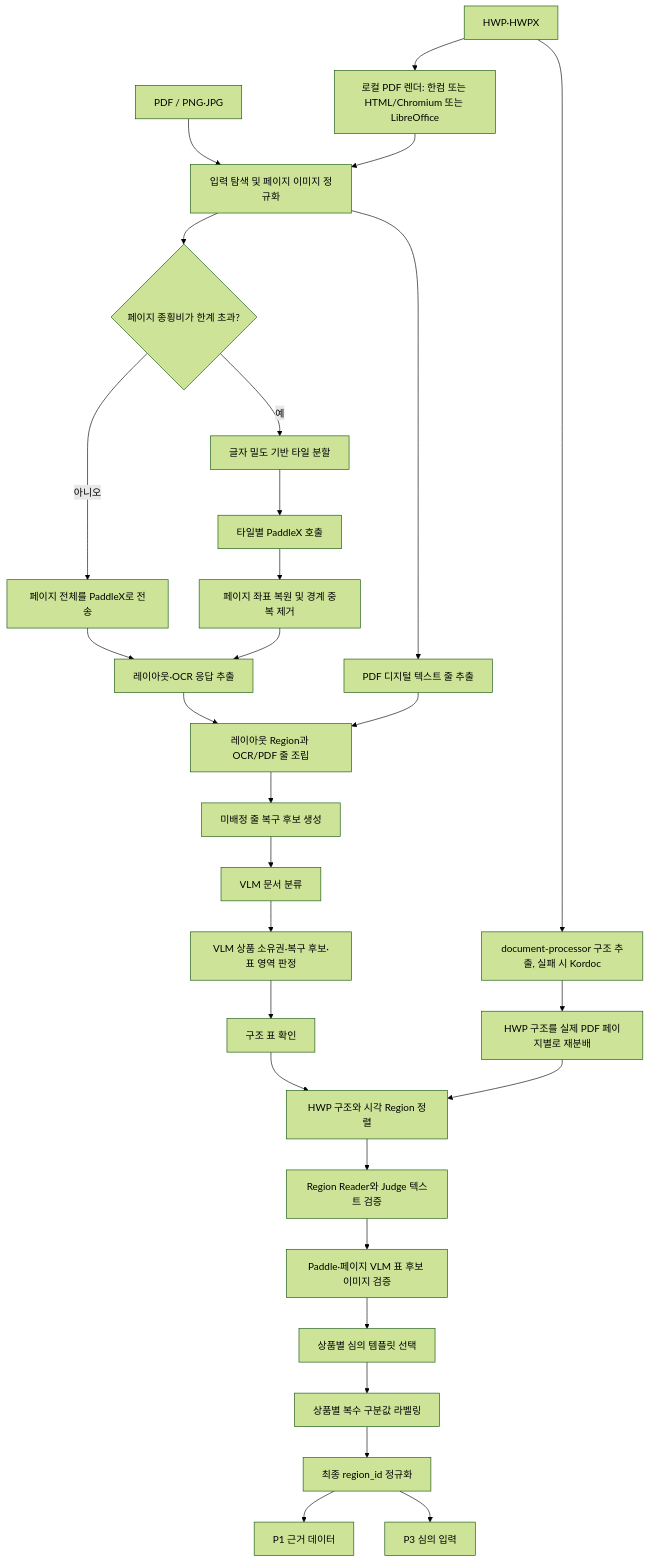
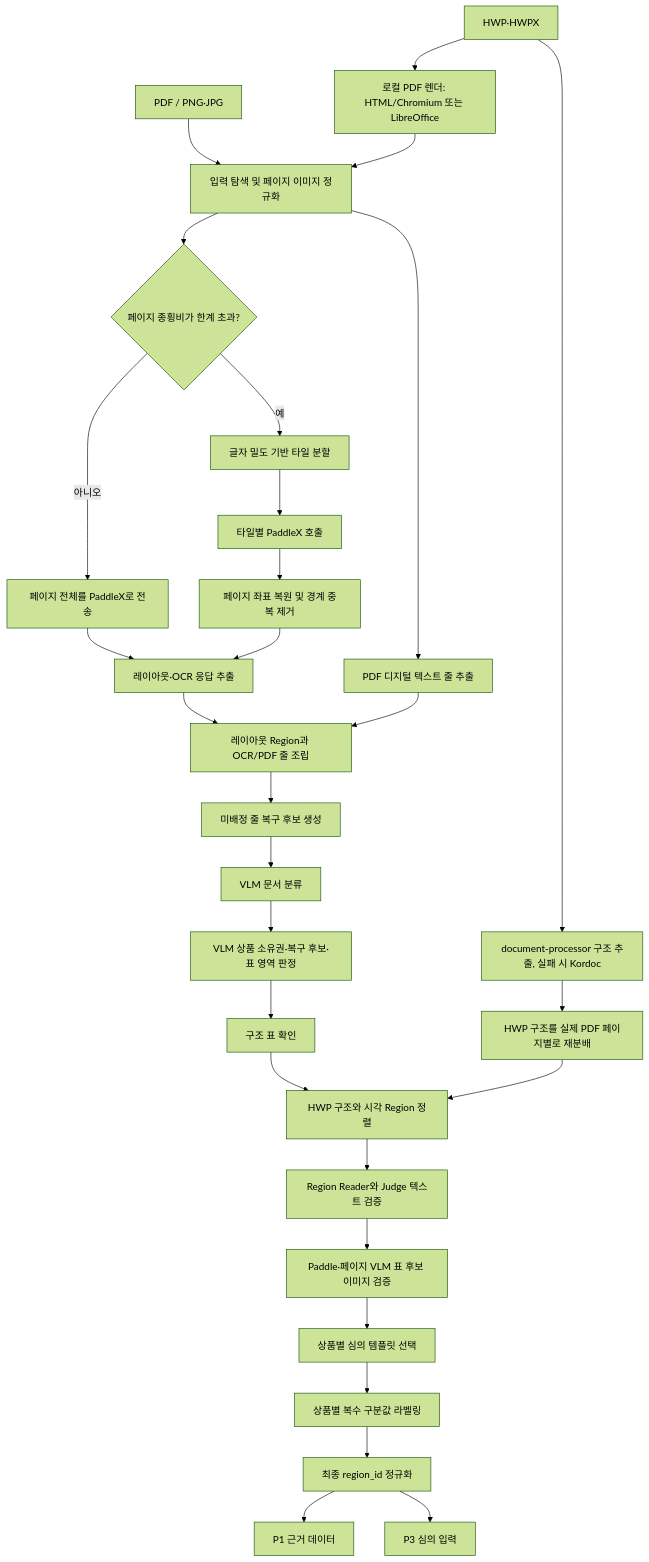
One commit to cg-wnsdud/nh-parser-fin changed the diagram in docs/HANDOVER.md. Above: the diagram before and after it, drawn with Mermaid (forest theme). The commit also changed other lines of this file and 15 other files, not shown here.

````diff
--- a/docs/HANDOVER.md
+++ b/docs/HANDOVER.md
@@ -87,31 +87,31 @@
 ```mermaid
 flowchart TD
     A[PDF / PNG·JPG] --> B[입력 탐색 및 페이지 이미지 정규화]
     HW[HWP·HWPX] --> H1[document-processor 구조 추출, 실패 시 Kordoc]
-    HW --> H2[로컬 PDF 렌더: 한컴 또는 HTML/Chromium 또는 LibreOffice]
+    HW --> H2[로컬 PDF 렌더: HTML/Chromium 또는 LibreOffice]
     H2 --> B
     B --> C{페이지 종횡비가 한계 초과?}
     C -- 아니오 --> D[페이지 전체를 PaddleX로 전송]
     C -- 예 --> E[글자 밀도 기반 타일 분할]
     E --> F[타일별 PaddleX 호출]
     D --> G[레이아웃·OCR 응답 추출]
     F --> H[페이지 좌표 복원 및 경계 중복 제거]
     H --> G
     B --> I[PDF 디지털 텍스트 줄 추출]
     G --> J[레이아웃 Region과 OCR/PDF 줄 조립]
     I --> J
     J --> K[미배정 줄 복구 후보 생성]
     K --> L[VLM 문서 분류]
     L --> M[VLM 상품 소유권·복구 후보·표 영역 판정]
     M --> N[구조 표 확인]
     H1 --> HA[HWP 구조를 실제 PDF 페이지별로 재분배]
     N --> HB[HWP 구조와 시각 Region 정렬]
     HA --> HB
     HB --> O[Region Reader와 Judge 텍스트 검증]
     O --> V[Paddle·페이지 VLM 표 후보 이미지 검증]
     V --> P[상품별 심의 템플릿 선택]
     P --> Q[상품별 복수 구분값 라벨링]
     Q --> R[최종 region_id 정규화]
     R --> S[P1 근거 데이터]
     R --> T[P3 심의 입력]
 ```
````
